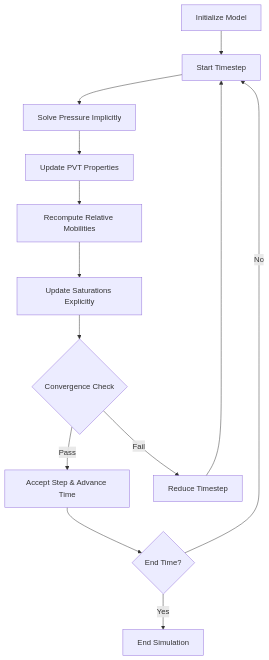
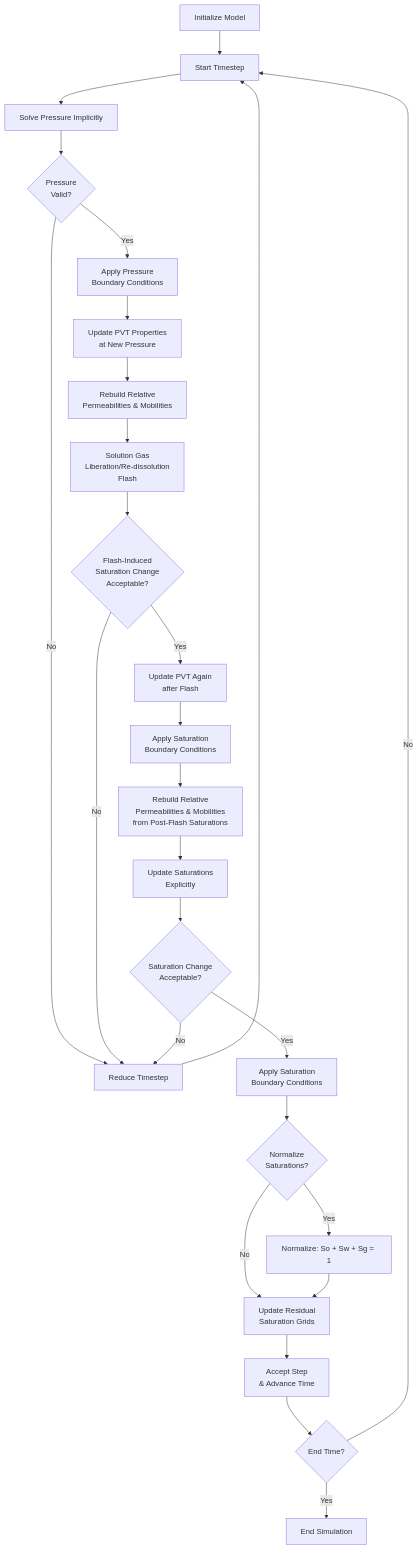
Before and after one commit to ti-oluwa/bores: the diagram in docs/fundamentals/simulation-workflow.md, drawn with Mermaid. The commit also changed other lines of this file and 8 other files, not shown here.

````diff
--- a/docs/fundamentals/simulation-workflow.md
+++ b/docs/fundamentals/simulation-workflow.md
@@ -31,15 +31,29 @@
 ```mermaid
 flowchart TD
     A["Initialize Model"] --> B["Start Timestep"]
     B --> C["Solve Pressure Implicitly"]
-    C --> D["Update PVT Properties"]
-    D --> E["Recompute Relative Mobilities"]
-    E --> F["Update Saturations Explicitly"]
-    F --> G{"Convergence Check"}
-    G -- Pass --> H["Accept Step & Advance Time"]
-    G -- Fail --> I["Reduce Timestep"]
+    C --> C1{"Pressure<br/>Valid?"}
+    C1 -- No --> I["Reduce Timestep"]
     I --> B
+    C1 -- Yes --> D["Apply Pressure<br/>Boundary Conditions"]
+    D --> D1["Update PVT Properties<br/>at New Pressure"]
+    D1 --> D2["Rebuild Relative<br/>Permeabilities & Mobilities"]
+    D2 --> E["Solution Gas<br/>Liberation/Re-dissolution<br/>Flash"]
+    E --> E1{"Flash-Induced<br/>Saturation Change<br/>Acceptable?"}
+    E1 -- No --> I
+    E1 -- Yes --> E2["Update PVT Again<br/>after Flash"]
+    E2 --> E3["Apply Saturation<br/>Boundary Conditions"]
+    E3 --> E4["Rebuild Relative<br/>Permeabilities & Mobilities<br/>from Post-Flash Saturations"]
+    E4 --> F["Update Saturations<br/>Explicitly"]
+    F --> G{"Saturation Change<br/>Acceptable?"}
+    G -- No --> I
+    G -- Yes --> G1["Apply Saturation<br/>Boundary Conditions"]
+    G1 --> G2{"Normalize<br/>Saturations?"}
+    G2 -- Yes --> G3["Normalize: So + Sw + Sg = 1"]
+    G2 -- No --> G4["Update Residual<br/>Saturation Grids"]
+    G3 --> G4
+    G4 --> H["Accept Step<br/>& Advance Time"]
     H --> J{"End Time?"}
     J -- No --> B
     J -- Yes --> K["End Simulation"]
 ```
````
